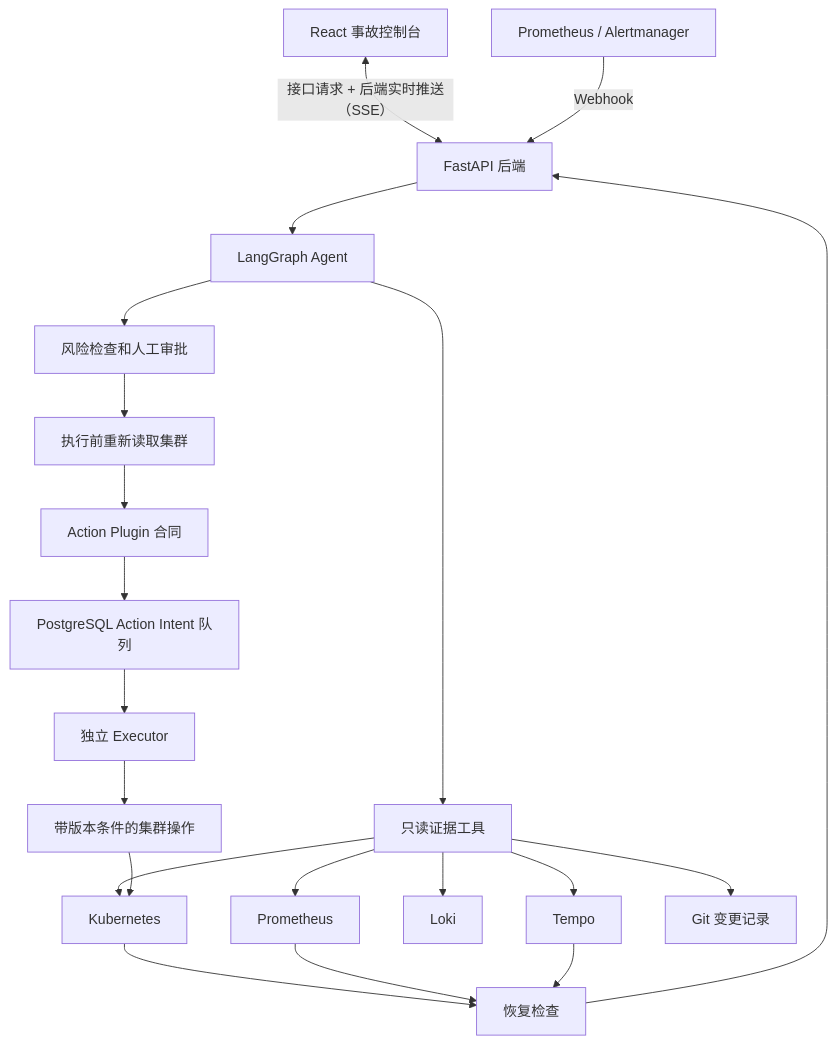
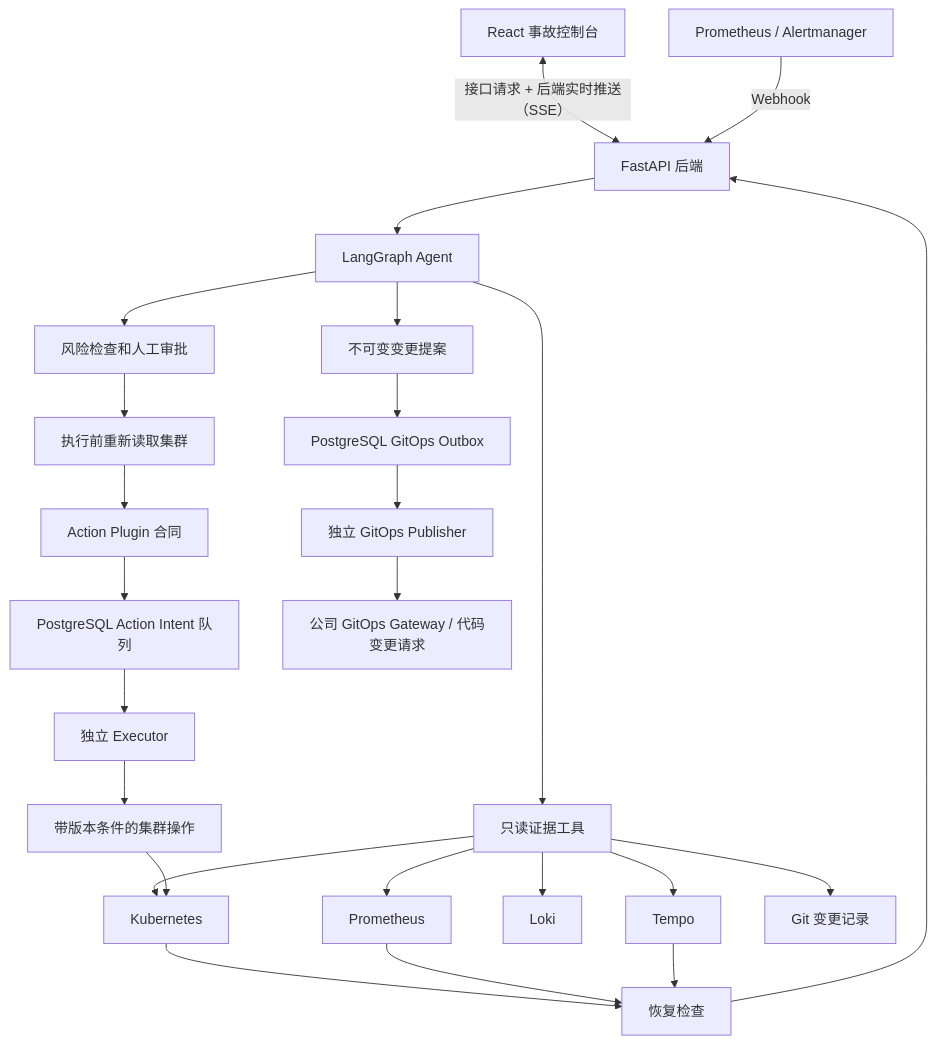
The second of 2 diagrams in README.md (q741242673/sentinelops), drawn with Mermaid before and after one commit. The commit also changed other lines of this file and 26 other files, not shown here.

First line of the commit message:
feat: add durable GitOps proposal outbox (#24)

````diff
--- a/README.md
+++ b/README.md
@@ -56,23 +56,27 @@
 ```mermaid
 flowchart TB
     UI["React 事故控制台"] <-->|"接口请求 + 后端实时推送（SSE）"| API["FastAPI 后端"]
     AM["Prometheus / Alertmanager"] -->|"Webhook"| API
     API --> AGENT["LangGraph Agent"]
     AGENT --> READ["只读证据工具"]
     READ --> K8S["Kubernetes"]
     READ --> PROM["Prometheus"]
     READ --> LOKI["Loki"]
     READ --> TEMPO["Tempo"]
     READ --> GIT["Git 变更记录"]
     AGENT --> POLICY["风险检查和人工审批"]
     POLICY --> PREFLIGHT["执行前重新读取集群"]
     PREFLIGHT --> CATALOG["Action Plugin 合同"]
     CATALOG --> QUEUE["PostgreSQL Action Intent 队列"]
     QUEUE --> EXECUTOR["独立 Executor"]
     EXECUTOR --> WRITE["带版本条件的集群操作"]
+    AGENT --> PROPOSAL["不可变变更提案"]
+    PROPOSAL --> OUTBOX["PostgreSQL GitOps Outbox"]
+    OUTBOX --> PUBLISHER["独立 GitOps Publisher"]
+    PUBLISHER --> GATEWAY["公司 GitOps Gateway / 代码变更请求"]
     WRITE --> K8S
     K8S --> VERIFY["恢复检查"]
     PROM --> VERIFY
     TEMPO --> VERIFY
     VERIFY --> API
 ```
````
